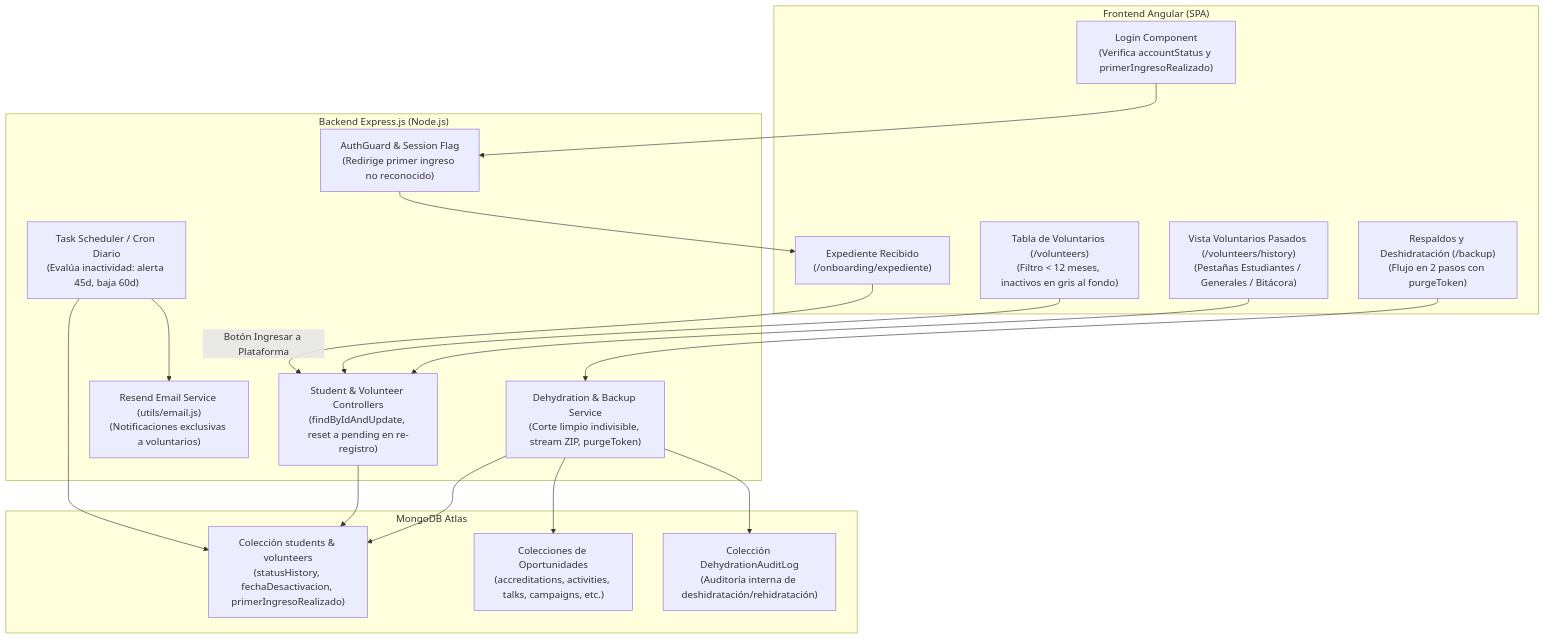
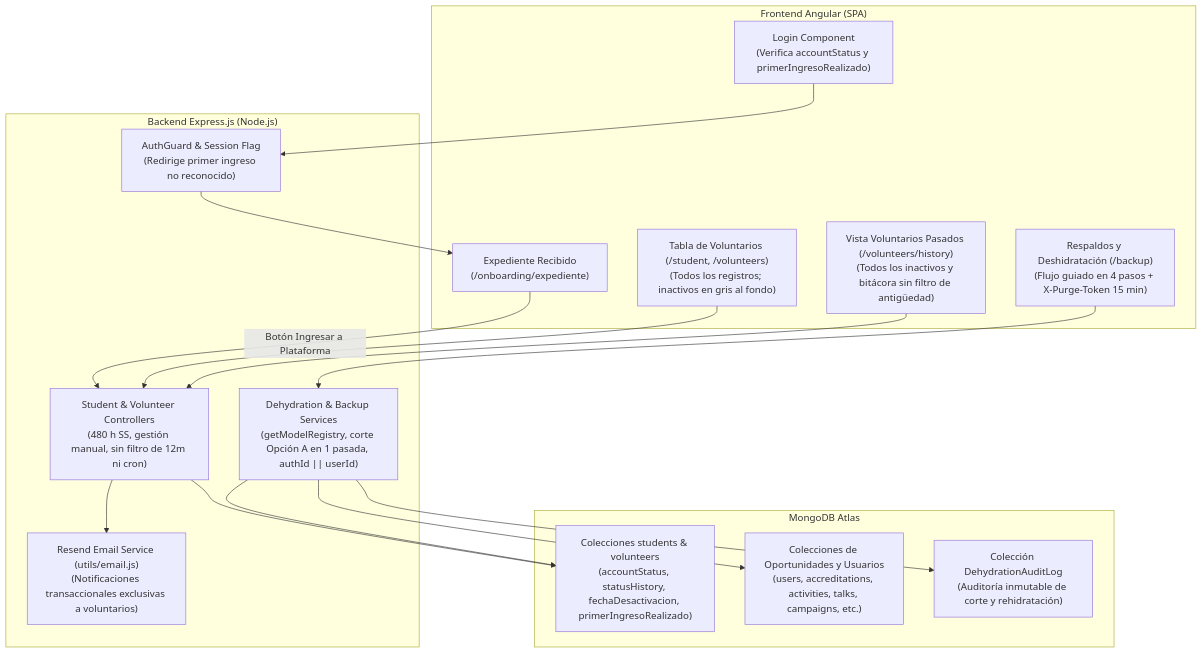
One commit to proyecto-web-abaq/documentation changed the fourth of 4 diagrams in docs/technical/architecture.md. Above: the diagram before and after it, drawn with Mermaid. The commit also changed other lines of this file and 4 other files, not shown here.

Commit message:
docs(technical): document dynamic backup registry, 4-step cutoff flow, and immediate inactive eligibility without background cron

````diff
--- a/docs/technical/architecture.md
+++ b/docs/technical/architecture.md
@@ -469,37 +473,35 @@
 ```mermaid
 flowchart TD
     subgraph Frontend["Frontend Angular (SPA)"]
         UI_Login["Login Component\n(Verifica accountStatus y primerIngresoRealizado)"]
         UI_Expediente["Expediente Recibido\n(/onboarding/expediente)"]
-        UI_MainVolunteers["Tabla de Voluntarios (/volunteers)\n(Filtro < 12 meses, inactivos en gris al fondo)"]
-        UI_PastVolunteers["Vista Voluntarios Pasados (/volunteers/history)\n(Pestañas Estudiantes / Generales / Bitácora)"]
-        UI_Backup["Respaldos y Deshidratación (/backup)\n(Flujo en 2 pasos con purgeToken)"]
+        UI_MainVolunteers["Tabla de Voluntarios (/student, /volunteers)\n(Todos los registros; inactivos en gris al fondo)"]
+        UI_PastVolunteers["Vista Voluntarios Pasados (/volunteers/history)\n(Todos los inactivos y bitácora sin filtro de antigüedad)"]
+        UI_Backup["Respaldos y Deshidratación (/backup)\n(Flujo guiado en 4 pasos + X-Purge-Token 15 min)"]
     end
 
     subgraph Backend["Backend Express.js (Node.js)"]
         Guard_Auth["AuthGuard & Session Flag\n(Redirige primer ingreso no reconocido)"]
-        Ctrl_Student["Student & Volunteer Controllers\n(findByIdAndUpdate, reset a pending en re-registro)"]
-        Cron_Inactive["Task Scheduler / Cron Diario\n(Evalúa inactividad: alerta 45d, baja 60d)"]
-        Service_Dehydrate["Dehydration & Backup Service\n(Corte limpio indivisible, stream ZIP, purgeToken)"]
-        Service_Email["Resend Email Service (utils/email.js)\n(Notificaciones exclusivas a voluntarios)"]
+        Ctrl_Student["Student & Volunteer Controllers\n(480 h SS, gestión manual, sin filtro de 12m ni cron)"]
+        Service_Dehydrate["Dehydration & Backup Services\n(getModelRegistry, corte Opción A en 1 pasada, authId || userId)"]
+        Service_Email["Resend Email Service (utils/email.js)\n(Notificaciones transaccionales exclusivas a voluntarios)"]
     end
 
     subgraph Database["MongoDB Atlas"]
-        Col_Students["Colección students & volunteers\n(statusHistory, fechaDesactivacion, primerIngresoRealizado)"]
-        Col_Ops["Colecciones de Oportunidades\n(accreditations, activities, talks, campaigns, etc.)"]
-        Col_Audit["Colección DehydrationAuditLog\n(Auditoría interna de deshidratación/rehidratación)"]
+        Col_Students["Colecciones students & volunteers\n(accountStatus, statusHistory, fechaDesactivacion, primerIngresoRealizado)"]
+        Col_Ops["Colecciones de Oportunidades y Usuarios\n(users, accreditations, activities, talks, campaigns, etc.)"]
+        Col_Audit["Colección DehydrationAuditLog\n(Auditoría inmutable de corte y rehidratación)"]
     end
 
     UI_Login --> Guard_Auth
     Guard_Auth --> UI_Expediente
-    UI_Expediente -->|Botón Ingresar a Plataforma| Ctrl_Student
+    UI_Expediente -->|"Botón Ingresar a Plataforma"| Ctrl_Student
     Ctrl_Student --> Col_Students
-    Cron_Inactive --> Col_Students
-    Cron_Inactive --> Service_Email
+    Ctrl_Student --> Service_Email
     UI_MainVolunteers --> Ctrl_Student
     UI_PastVolunteers --> Ctrl_Student
     UI_Backup --> Service_Dehydrate
     Service_Dehydrate --> Col_Students
     Service_Dehydrate --> Col_Ops
     Service_Dehydrate --> Col_Audit
 ```
````
